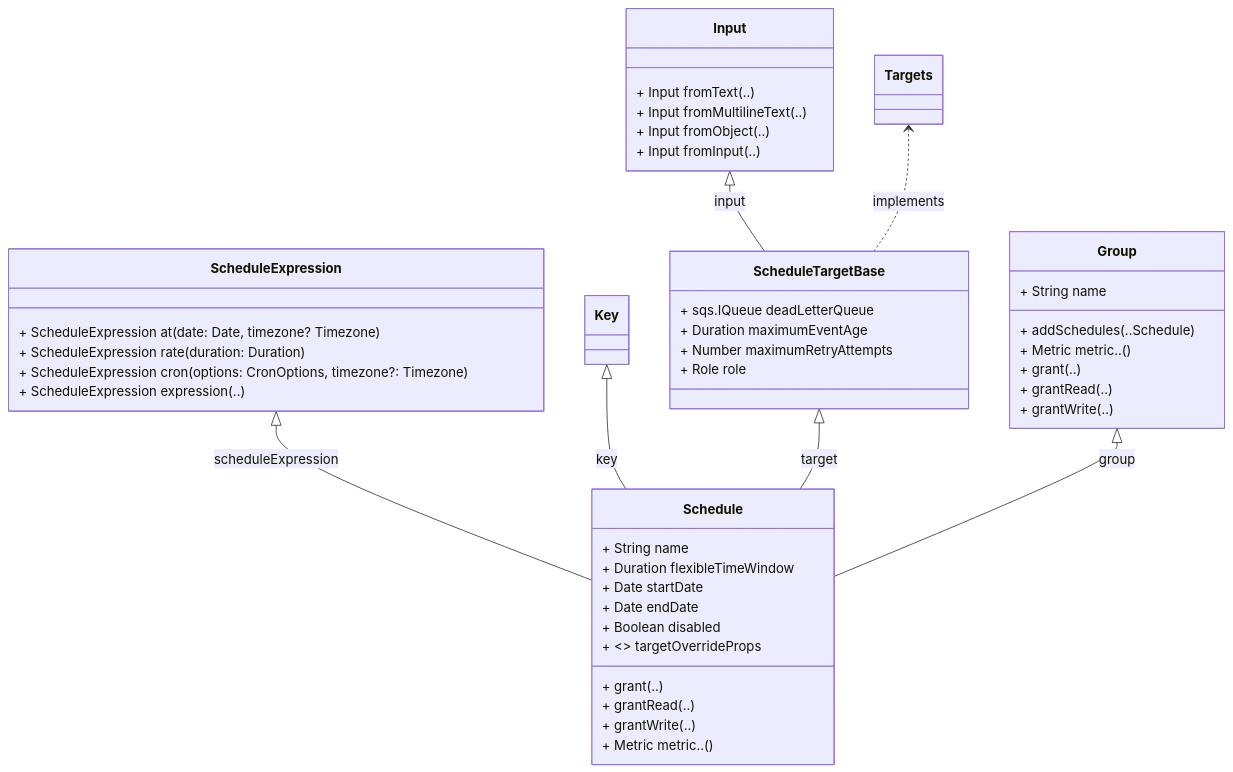
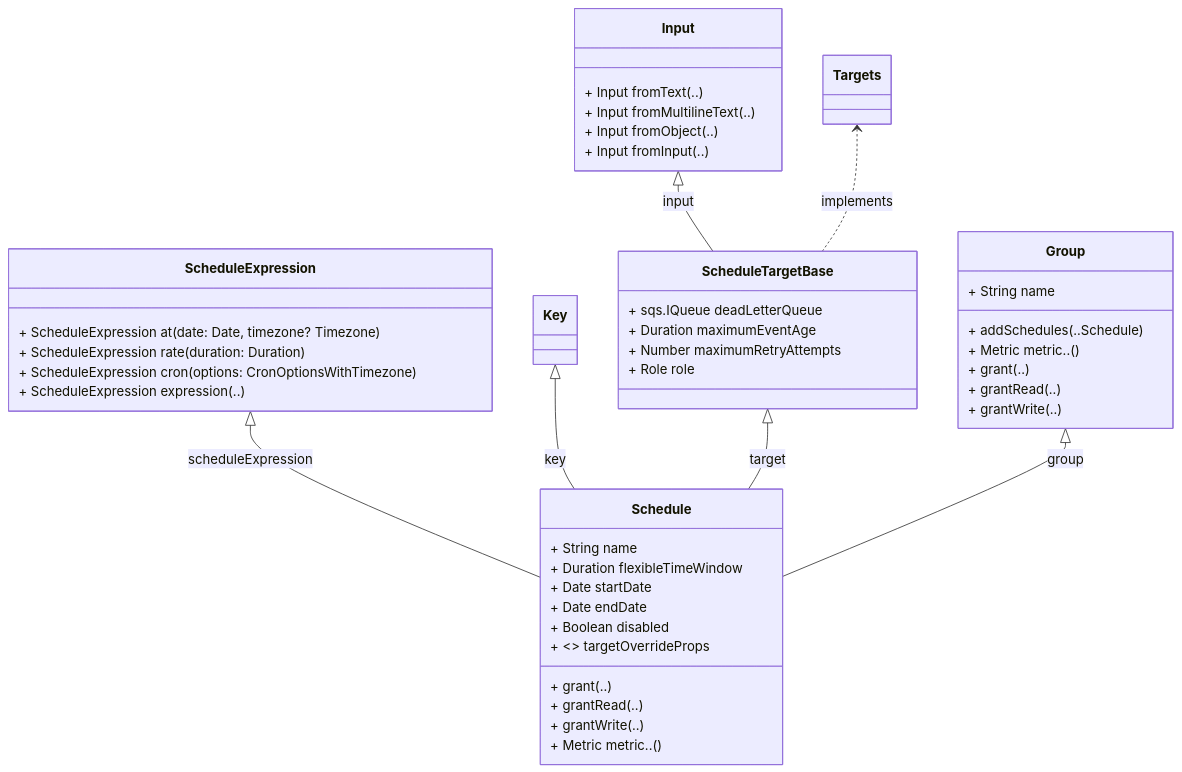
One commit to aws/aws-cdk-rfcs changed the diagram in text/0474-event-bridge-scheduler-l2.md. Above: the diagram before and after it, drawn with Mermaid. The commit also changed other lines of this file, not shown here.

Commit message:
Move timeZone parameter to cronOptions

````diff
--- a/text/0474-event-bridge-scheduler-l2.md
+++ b/text/0474-event-bridge-scheduler-l2.md
@@ -465,54 +468,54 @@
 ```mermaid
 classDiagram
     ScheduleExpression <|-- Schedule : scheduleExpression
     Key <|-- Schedule : key
     ScheduleTargetBase <|-- Schedule : target
     Group <|-- Schedule : group
     Input <|-- ScheduleTargetBase : input
     Targets <.. ScheduleTargetBase : implements
 
     class Schedule {
         + String name
         + Duration flexibleTimeWindow 
         + Date startDate
         + Date endDate
         + Boolean disabled 
 
         + <> targetOverrideProps
 
         + grant(..)
         + grantRead(..)
         + grantWrite(..)
         + Metric metric..() 
     }
     class ScheduleExpression {
         + ScheduleExpression at(date: Date, timezone? Timezone)
         + ScheduleExpression rate(duration: Duration) 
-        + ScheduleExpression cron(options: CronOptions, timezone?: Timezone)
+        + ScheduleExpression cron(options: CronOptionsWithTimezone)
         + ScheduleExpression expression(..)
     }
 
     class Group {
         + String name
         + addSchedules(..Schedule)
 
         + Metric metric..()
         + grant(..)
         + grantRead(..)
         + grantWrite(..)
     }
 
     class ScheduleTargetBase {
         + sqs.IQueue deadLetterQueue
         + Duration maximumEventAge
         + Number maximumRetryAttempts
         + Role role
     }
 
     class Input {
         + Input fromText(..)
         + Input fromMultilineText(..)
         + Input fromObject(..)
         + Input fromInput(..)
     }
 ```
````
